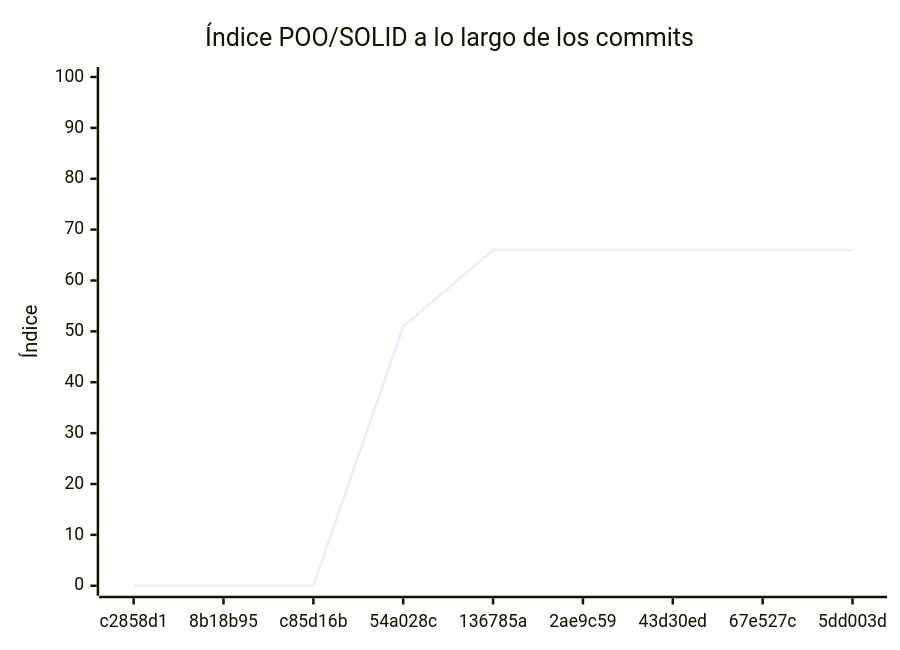
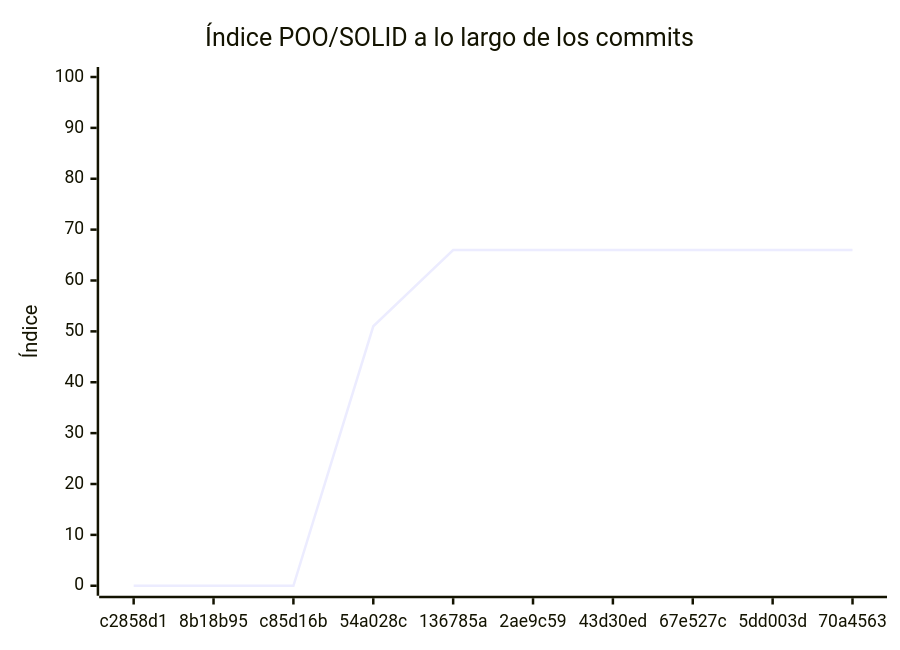
The diagram in docs/EVALUACION.md (Fisicos-informaticos/Tiro_Parab-lico), drawn with Mermaid before and after one commit. The commit also changed other lines of this file, not shown here.

````diff
--- a/docs/EVALUACION.md
+++ b/docs/EVALUACION.md
@@ -222,7 +222,7 @@
 ```mermaid
 xychart-beta
     title "Índice POO/SOLID a lo largo de los commits"
-    x-axis ["c2858d1", "8b18b95", "c85d16b", "54a028c", "136785a", "2ae9c59", "43d30ed", "67e527c", "5dd003d"]
+    x-axis ["c2858d1", "8b18b95", "c85d16b", "54a028c", "136785a", "2ae9c59", "43d30ed", "67e527c", "5dd003d", "70a4563"]
     y-axis "Índice" 0 --> 100
-    line [0, 0, 0, 51, 66, 66, 66, 66, 66]
+    line [0, 0, 0, 51, 66, 66, 66, 66, 66, 66]
 ```
````
